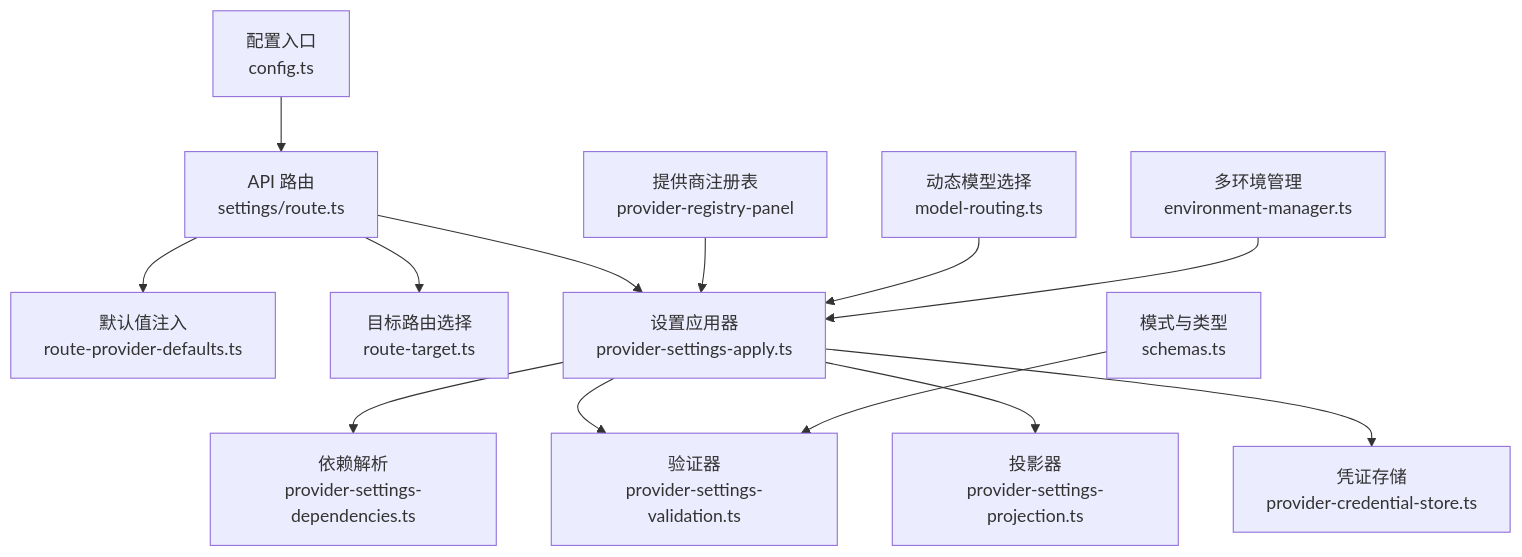
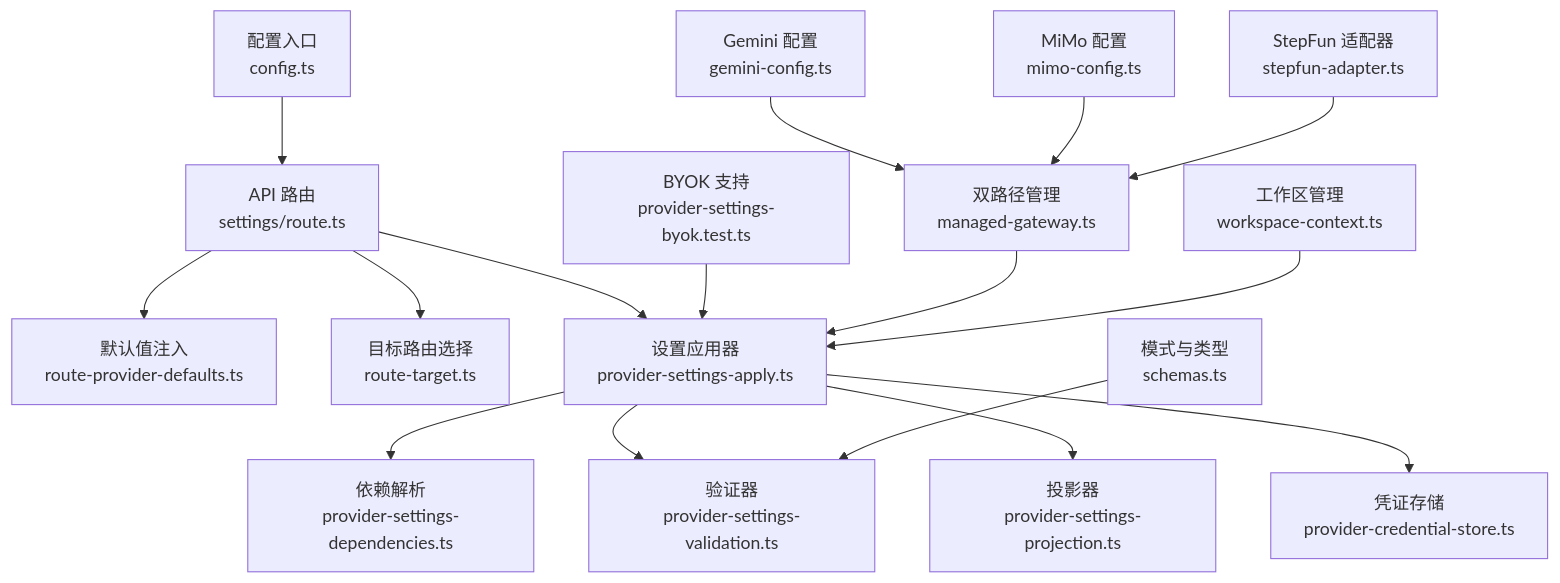
The first of 6 diagrams in .qoder/repowiki/zh/content/AI系统集成/提供商设置管理.md (scottcwy/PurpleInk), drawn with Mermaid before and after one commit. The commit also changed other lines of this file and 37 other files, not shown here.

````diff
--- a/.qoder/repowiki/zh/content/AI系统集成/提供商设置管理.md
+++ b/.qoder/repowiki/zh/content/AI系统集成/提供商设置管理.md
@@ -54,15 +65,18 @@
 ```mermaid
 graph TB
 A["API 路由<br/>settings/route.ts"] --> B["默认值注入<br/>route-provider-defaults.ts"]
 A --> C["目标路由选择<br/>route-target.ts"]
 A --> D["设置应用器<br/>provider-settings-apply.ts"]
 D --> E["依赖解析<br/>provider-settings-dependencies.ts"]
 D --> F["验证器<br/>provider-settings-validation.ts"]
 D --> G["投影器<br/>provider-settings-projection.ts"]
 D --> H["凭证存储<br/>provider-credential-store.ts"]
 I["模式与类型<br/>schemas.ts"] --> F
 J["配置入口<br/>config.ts"] --> A
-K["提供商注册表<br/>provider-registry-panel"] --> D
-L["动态模型选择<br/>model-routing.ts"] --> D
-M["多环境管理<br/>environment-manager.ts"] --> D
+K["BYOK 支持<br/>provider-settings-byok.test.ts"] --> D
+L["双路径管理<br/>managed-gateway.ts"] --> D
+M["工作区管理<br/>workspace-context.ts"] --> D
+N["Gemini 配置<br/>gemini-config.ts"] --> L
+O["MiMo 配置<br/>mimo-config.ts"] --> L
+P["StepFun 适配器<br/>stepfun-adapter.ts"] --> L
 ```
````
